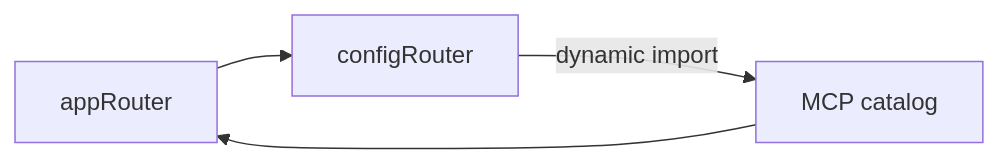
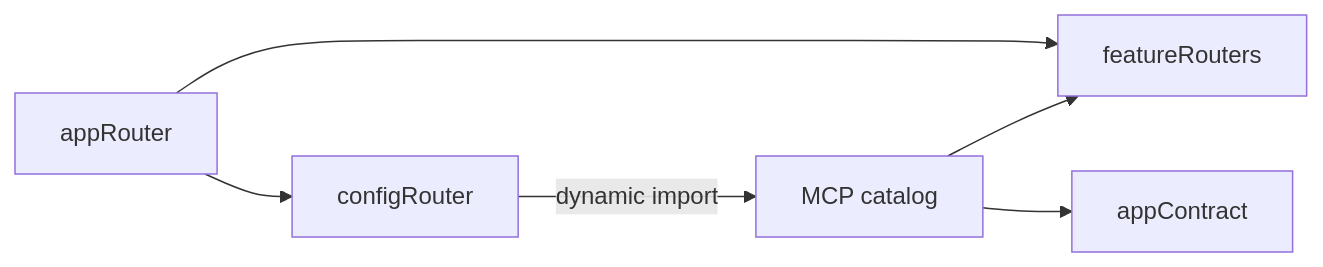
Before and after one commit to hmjn023/solid-imager: the diagram in docs/architecture/dependency-audit-2026-11-04.md, drawn with Mermaid. The commit also changed other lines of this file and 8 other files, not shown here.

Commit message:
docs(architecture): record the resolved server router cycle

````diff
--- a/docs/architecture/dependency-audit-2026-11-04.md
+++ b/docs/architecture/dependency-audit-2026-11-04.md
@@ -36,6 +36,8 @@
 ```mermaid
 flowchart LR
   router["appRouter"] --> config["configRouter"]
+  router --> features["featureRouters"]
   config -->|dynamic import| catalog["MCP catalog"]
-  catalog --> router
+  catalog --> features
+  catalog --> contract["appContract"]
 ```
````
